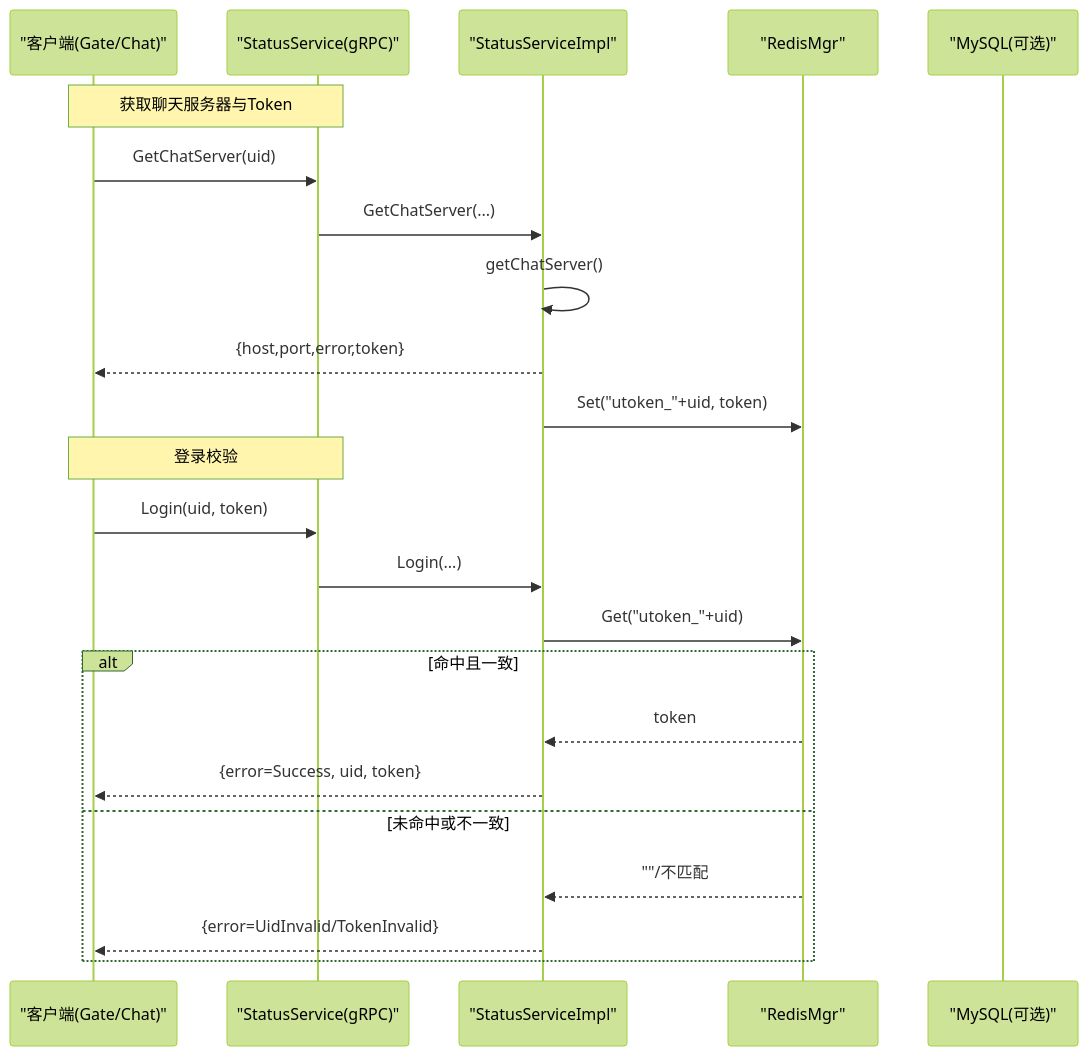
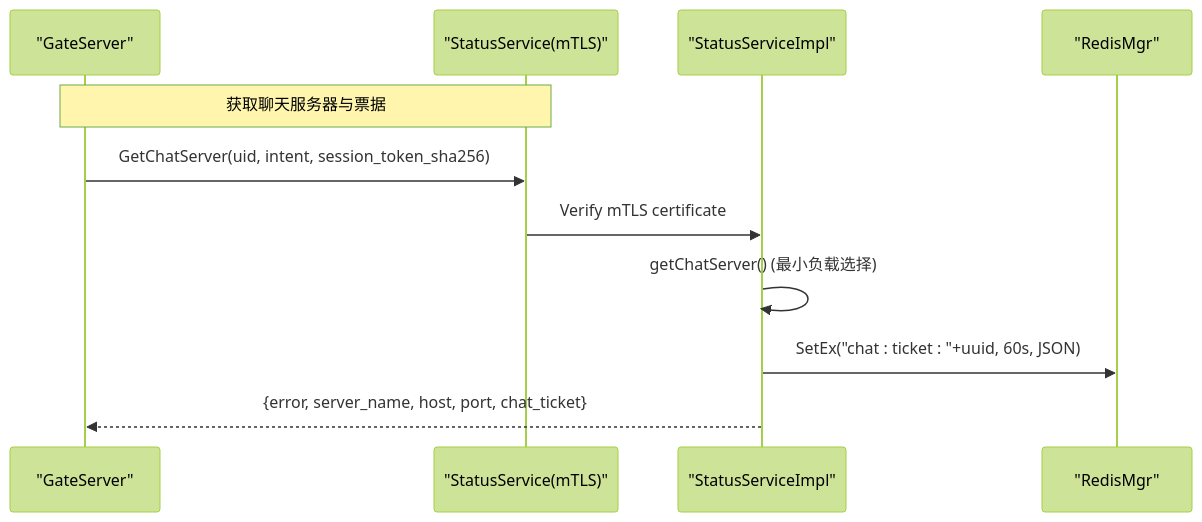
Before and after one commit to echo9923/mychatter: the second of 5 diagrams in .qoder/repowiki/zh/content/架构设计/微服务架构设计/StatusServer状态管理服务.md, drawn with Mermaid (forest theme). The commit also changed other lines of this file and 107 other files, not shown here.

````diff
--- a/.qoder/repowiki/zh/content/架构设计/微服务架构设计/StatusServer状态管理服务.md
+++ b/.qoder/repowiki/zh/content/架构设计/微服务架构设计/StatusServer状态管理服务.md
@@ -122,25 +114,13 @@
 ```mermaid
 sequenceDiagram
-participant Client as "客户端(Gate/Chat)"
-participant Svc as "StatusService(gRPC)"
+participant Client as "GateServer"
+participant Svc as "StatusService(mTLS)"
 participant Impl as "StatusServiceImpl"
 participant Rds as "RedisMgr"
-participant DB as "MySQL(可选)"
-Note over Client,Svc : 获取聊天服务器与Token
-Client->>Svc : GetChatServer(uid)
-Svc->>Impl : GetChatServer(...)
-Impl->>Impl : getChatServer()
-Impl-->>Client : {host,port,error,token}
-Impl->>Rds : Set("utoken_"+uid, token)
-Note over Client,Svc : 登录校验
-Client->>Svc : Login(uid, token)
-Svc->>Impl : Login(...)
-Impl->>Rds : Get("utoken_"+uid)
-alt 命中且一致
-Rds-->>Impl : token
-Impl-->>Client : {error=Success, uid, token}
-else 未命中或不一致
-Rds-->>Impl : ""/不匹配
-Impl-->>Client : {error=UidInvalid/TokenInvalid}
-end
+Note over Client,Svc : 获取聊天服务器与票据
+Client->>Svc : GetChatServer(uid, intent, session_token_sha256)
+Svc->>Impl : Verify mTLS certificate
+Impl->>Impl : getChatServer() (最小负载选择)
+Impl->>Rds : SetEx("chat : ticket : "+uuid, 60s, JSON)
+Impl-->>Client : {error, server_name, host, port, chat_ticket}
 ```
````
